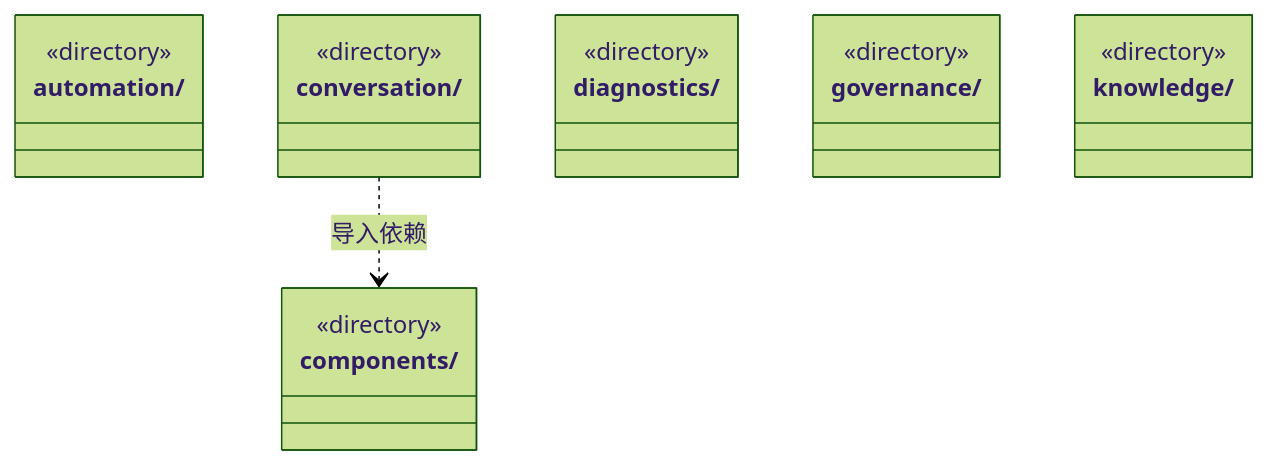
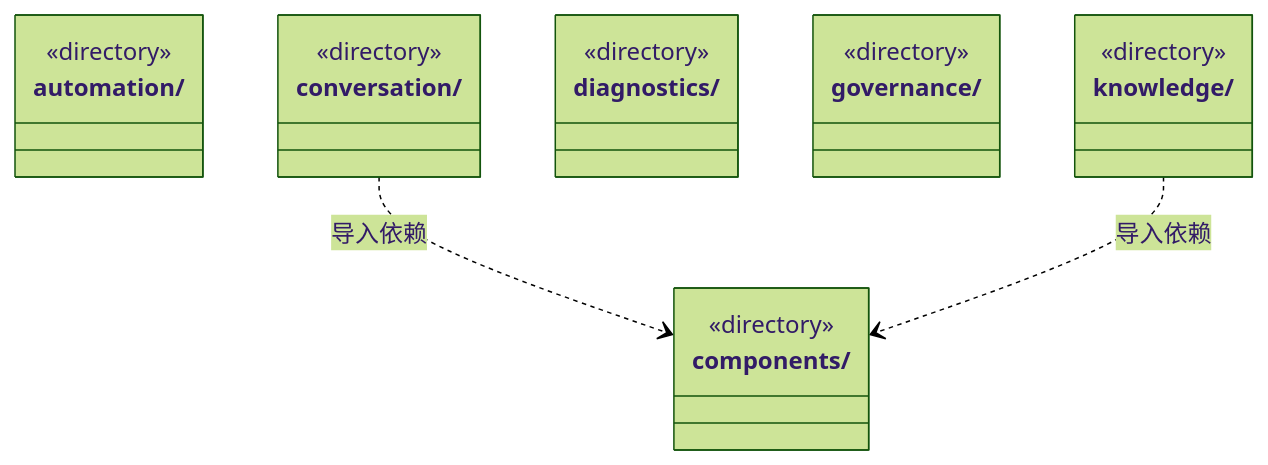
Before and after one commit to nan023062/cbim: the first of 3 diagrams in src/frontend/ARCHITECTURE.md, drawn with Mermaid (forest theme). The commit also changed other lines of this file and 216 other files, not shown here.

````diff
--- a/src/frontend/ARCHITECTURE.md
+++ b/src/frontend/ARCHITECTURE.md
@@ -17,22 +17,23 @@
 ```mermaid
 classDiagram
 class N_src_frontend_automation["automation/"] {
   <<directory>>
 }
 class N_src_frontend_components["components/"] {
   <<directory>>
 }
 class N_src_frontend_conversation["conversation/"] {
   <<directory>>
 }
 class N_src_frontend_diagnostics["diagnostics/"] {
   <<directory>>
 }
 class N_src_frontend_governance["governance/"] {
   <<directory>>
 }
 class N_src_frontend_knowledge["knowledge/"] {
   <<directory>>
 }
 N_src_frontend_conversation ..> N_src_frontend_components : 导入依赖
+N_src_frontend_knowledge ..> N_src_frontend_components : 导入依赖
 ```
````
